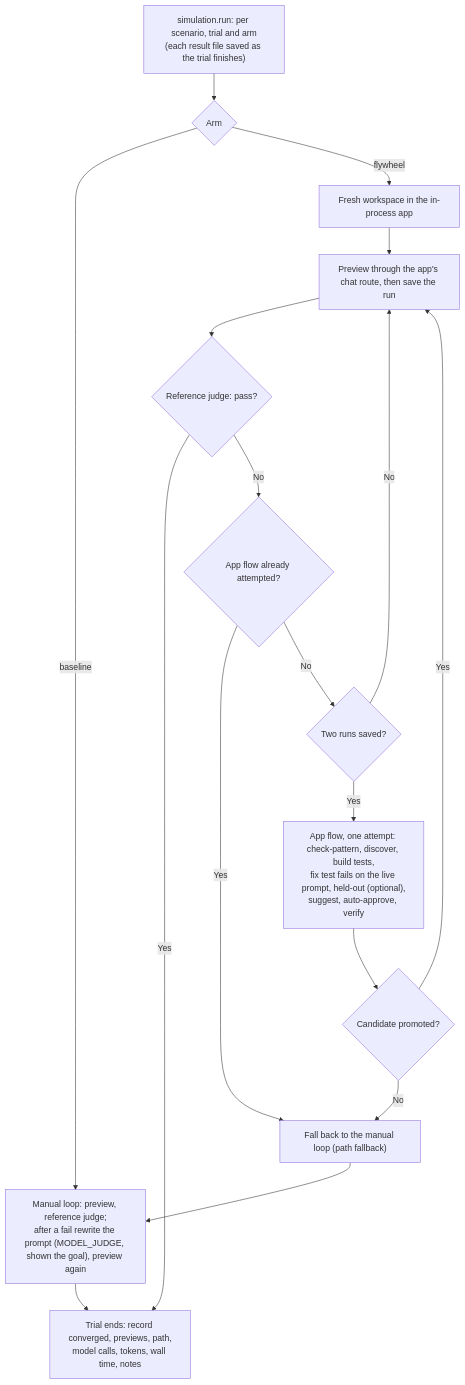
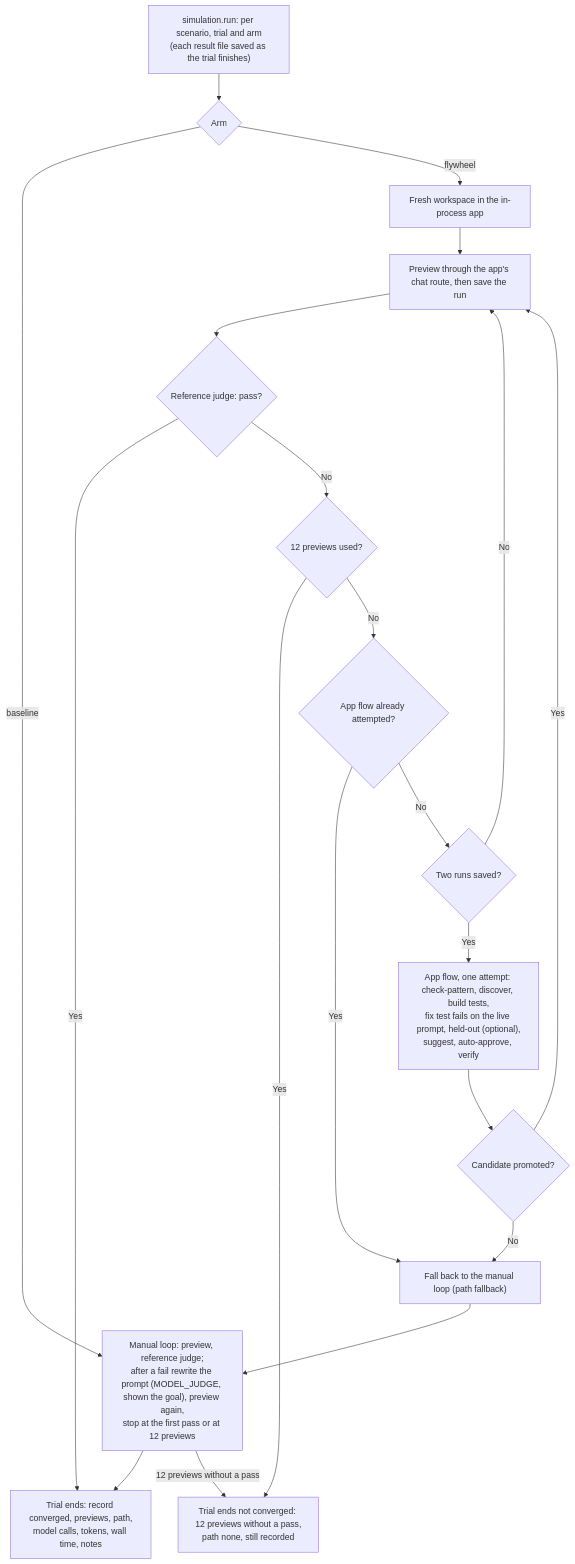
The eighth of 10 diagrams in docs/ARCHITECTURE.md (harikrshm/Eval-Discovery), drawn with Mermaid before and after one commit. The commit also changed other lines of this file and 1 other file, not shown here.

Commit message:
docs: reconcile fail-fast branch, simulation cap exit, export privacy note, cancellation scope

````diff
--- a/docs/ARCHITECTURE.md
+++ b/docs/ARCHITECTURE.md
@@ -534,19 +536,22 @@
 ```mermaid
 flowchart TD
     Run["simulation.run: per scenario, trial and arm<br/>(each result file saved as the trial finishes)"] --> Arm{"Arm"}
-    Arm -->|baseline| ML["Manual loop: preview, reference judge;<br/>after a fail rewrite the prompt (MODEL_JUDGE, shown the goal), preview again"]
+    Arm -->|baseline| ML["Manual loop: preview, reference judge;<br/>after a fail rewrite the prompt (MODEL_JUDGE, shown the goal), preview again,<br/>stop at the first pass or at 12 previews"]
     Arm -->|flywheel| WS["Fresh workspace in the in-process app"]
     WS --> FP["Preview through the app's chat route, then save the run"]
     FP --> FJ{"Reference judge: pass?"}
     FJ -->|Yes| Done["Trial ends: record converged, previews, path,<br/>model calls, tokens, wall time, notes"]
-    FJ -->|No| Tried{"App flow already attempted?"}
+    FJ -->|No| Cap{"12 previews used?"}
+    Cap -->|Yes| Capped["Trial ends not converged: 12 previews without a pass,<br/>path none, still recorded"]
+    Cap -->|No| Tried{"App flow already attempted?"}
     Tried -->|Yes| FB["Fall back to the manual loop (path fallback)"]
     Tried -->|No| Two{"Two runs saved?"}
     Two -->|No| FP
     Two -->|Yes| Flow["App flow, one attempt: check-pattern, discover, build tests,<br/>fix test fails on the live prompt, held-out (optional),<br/>suggest, auto-approve, verify"]
     Flow --> Prom{"Candidate promoted?"}
     Prom -->|Yes| FP
     Prom -->|No| FB
     FB --> ML
     ML --> Done
+    ML -->|"12 previews without a pass"| Capped
 ```
````
